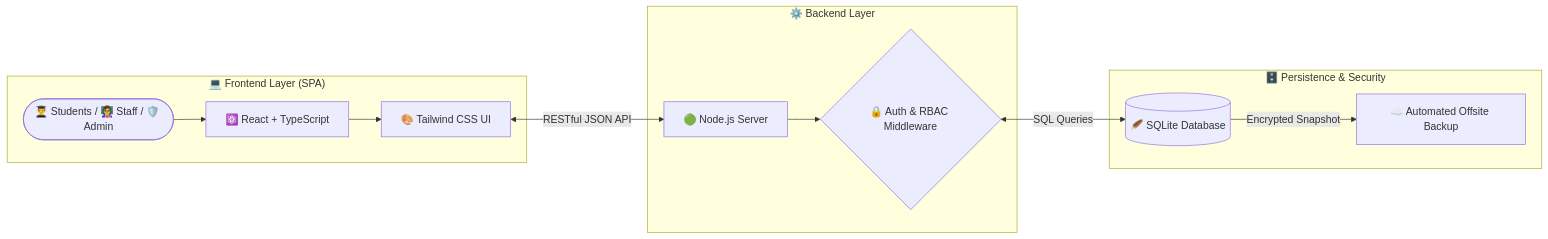
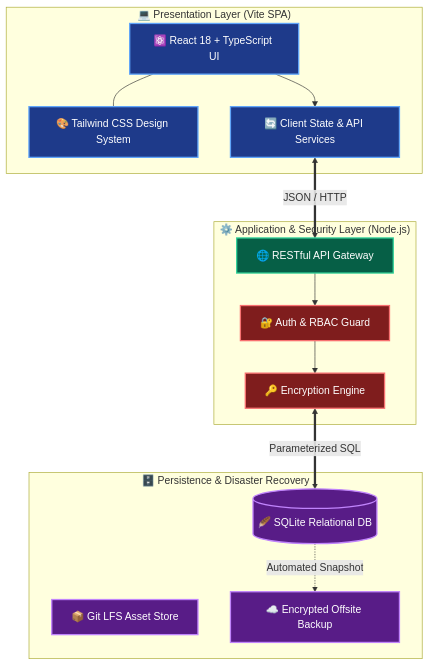
The first of 2 diagrams in README.md (Adamnazeri/campusos), drawn with Mermaid before and after one commit. The commit also changed other lines of this file, not shown here.

````diff
--- a/README.md
+++ b/README.md
@@ -64,17 +75,32 @@
 ```mermaid
-flowchart LR
-    subgraph Client ["💻 Frontend Layer (SPA)"]
-        A([👨‍🎓 Students / 👩‍🏫 Staff / 🛡️ Admin]) --> B[⚛️ React + TypeScript]
-        B --> C[🎨 Tailwind CSS UI]
+flowchart TB
+    classDef client fill:#1e3a8a,stroke:#60a5fa,stroke-width:2px,color:#ffffff
+    classDef api fill:#065f46,stroke:#34d399,stroke-width:2px,color:#ffffff
+    classDef db fill:#581c87,stroke:#c084fc,stroke-width:2px,color:#ffffff
+    classDef sec fill:#7f1d1d,stroke:#f87171,stroke-width:2px,color:#ffffff
+
+    subgraph ClientLayer ["💻 Presentation Layer (Vite SPA)"]
+        UI["⚛️ React 18 + TypeScript UI"]:::client
+        TW["🎨 Tailwind CSS Design System"]:::client
+        STATE["🔄 Client State & API Services"]:::client
+        UI --- TW
+        UI --> STATE
     end
 
-    subgraph Server ["⚙️ Backend Layer"]
-        C <-->|RESTful JSON API| D[🟢 Node.js Server]
-        D --> E{🔒 Auth & RBAC Middleware}
+    subgraph ServerLayer ["⚙️ Application & Security Layer (Node.js)"]
+        GATEWAY["🌐 RESTful API Gateway"]:::api
+        AUTH["🔐 Auth & RBAC Guard"]:::sec
+        CRYPTO["🔑 Encryption Engine"]:::sec
+        STATE <==>|"JSON / HTTP"| GATEWAY
+        GATEWAY --> AUTH
+        AUTH --> CRYPTO
     end
 
-    subgraph Data ["🗄️ Persistence & Security"]
-        E <-->|SQL Queries| F[(🪶 SQLite Database)]
-        F -->|Encrypted Snapshot| G[☁️ Automated Offsite Backup]
+    subgraph DataLayer ["🗄️ Persistence & Disaster Recovery"]
+        SQLITE[("🪶 SQLite Relational DB")]:::db
+        LFS["📦 Git LFS Asset Store"]:::db
+        BACKUP["☁️ Encrypted Offsite Backup"]:::db
+        CRYPTO <==>|"Parameterized SQL"| SQLITE
+        SQLITE -.->|"Automated Snapshot"| BACKUP
     end
 ```
````
